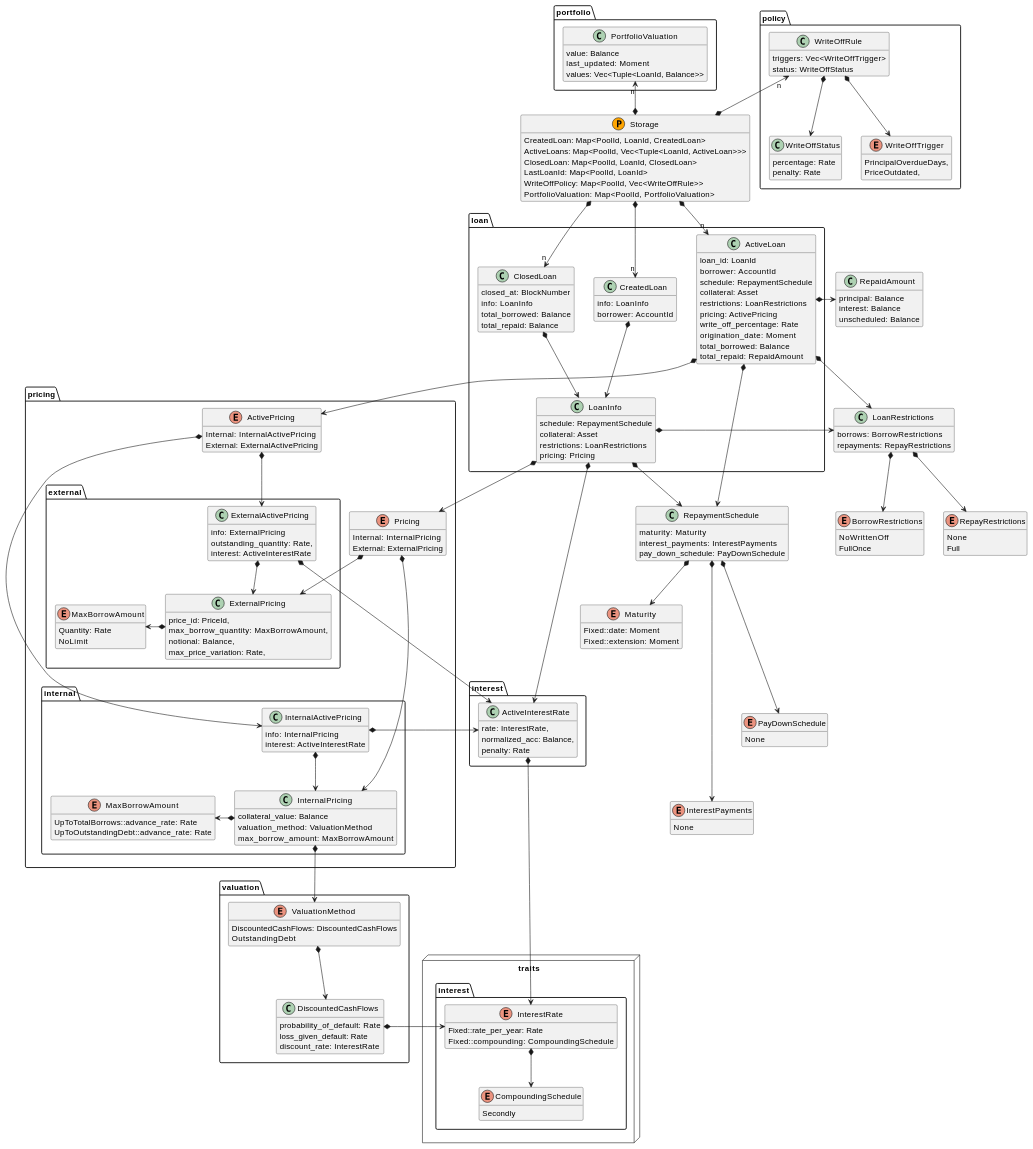
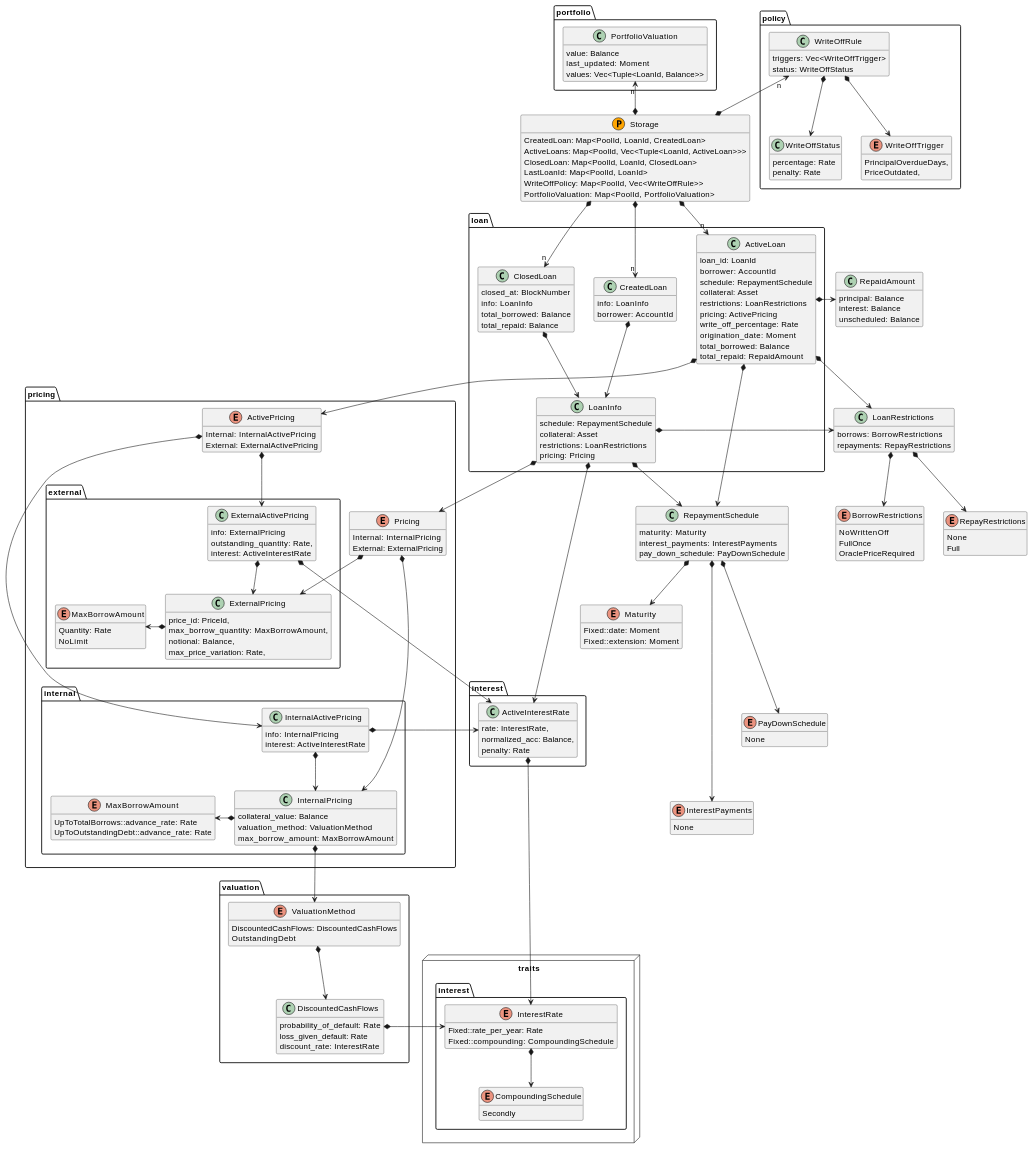
Before and after one commit to centrifuge/centrifuge-chain: the diagram in pallets/loans/docs/types.md, drawn with PlantUML. The commit also changed 3 other files, not shown here.

Commit message:
Add oracle price required restriction

```diff
--- a/pallets/loans/docs/types.md
+++ b/pallets/loans/docs/types.md
@@ -30,6 +30,7 @@
 enum BorrowRestrictions {
     NoWrittenOff
     FullOnce
+    OraclePriceRequired
 }
 
 enum RepayRestrictions {
```
